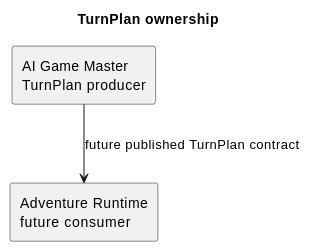
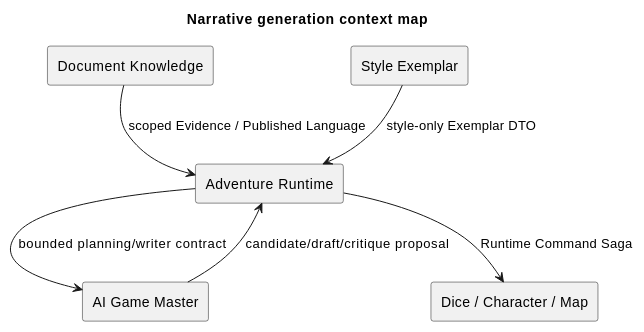
Before and after one commit to omegafrog/dnd-master: the second of 5 diagrams in docs/specs/architecture-spec.md, drawn with PlantUML. The commit also changed other lines of this file and 6 other files, not shown here.

Commit message:
docs: split runtime narrative plans 206-209

````diff
--- a/docs/specs/architecture-spec.md
+++ b/docs/specs/architecture-spec.md
@@ -106,8 +162,15 @@
 ```plantuml
 @startuml
-title TurnPlan ownership
-rectangle "AI Game Master\nTurnPlan producer" as gm
-rectangle "Adventure Runtime\nfuture consumer" as runtime
-gm --> runtime : future published TurnPlan contract
+title Narrative generation context map
+rectangle "Document Knowledge" as knowledge
+rectangle "Style Exemplar" as exemplar
+rectangle "AI Game Master" as gm
+rectangle "Adventure Runtime" as runtime
+rectangle "Dice / Character / Map" as state
+knowledge --> runtime : scoped Evidence / Published Language
+exemplar --> runtime : style-only Exemplar DTO
+runtime --> gm : bounded planning/writer contract
+gm --> runtime : candidate/draft/critique proposal
+runtime --> state : Runtime Command Saga
 @enduml
 ```
````
